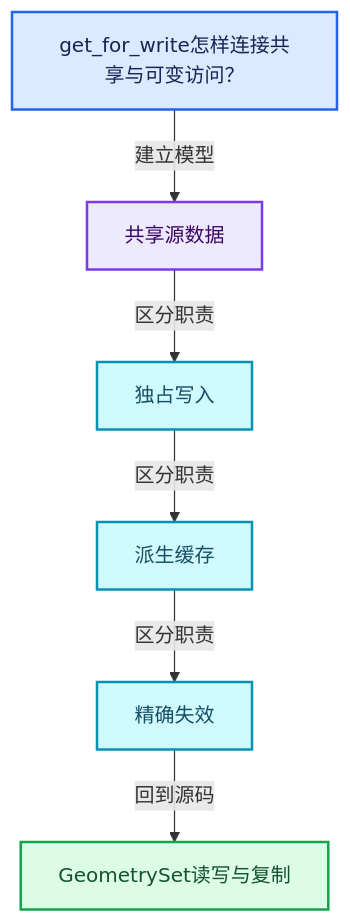
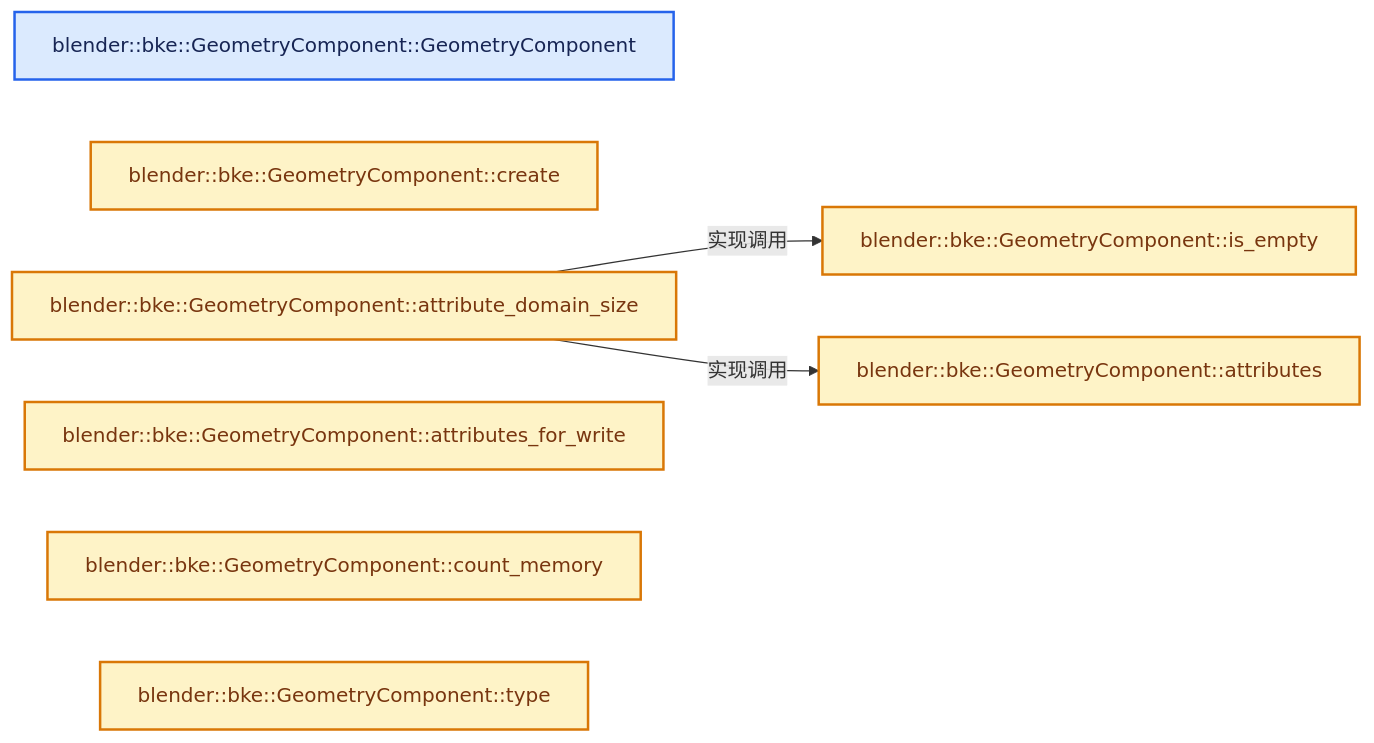
Before and after one commit to yunkezengren/blender-.vscode: the second of 4 diagrams in 杂/markdown/全面学习-codex/06-隐式共享与缓存系统/05-GeometrySet读写与复制.md, drawn with Mermaid. The commit also changed other lines of this file and 1930 other files, not shown here.

````diff
--- a/杂/markdown/全面学习-codex/06-隐式共享与缓存系统/05-GeometrySet读写与复制.md
+++ b/杂/markdown/全面学习-codex/06-隐式共享与缓存系统/05-GeometrySet读写与复制.md
@@ -60,20 +46,19 @@
 ```mermaid
-flowchart TB
-  Q["get_for_write怎样连接共享与可变访问？"]:::input
-  C0["共享源数据"]:::abstraction
-  C1["独占写入"]:::data
-  C2["派生缓存"]:::data
-  C3["精确失效"]:::data
-  R["GeometrySet读写与复制"]:::result
-  Q -->|"建立模型"| C0
-  C0 -->|"区分职责"| C1
-  C1 -->|"区分职责"| C2
-  C2 -->|"区分职责"| C3
-  C3 -->|"回到源码"| R
+flowchart LR
+  F0["blender::bke::GeometryComponent::GeometryComponent"]:::input
+  F1["blender::bke::GeometryComponent::create"]:::compute
+  F2["blender::bke::GeometryComponent::attribute_domain_size"]:::compute
+  F3["blender::bke::GeometryComponent::attributes"]:::compute
+  F4["blender::bke::GeometryComponent::attributes_for_write"]:::compute
+  F5["blender::bke::GeometryComponent::count_memory"]:::compute
+  F6["blender::bke::GeometryComponent::type"]:::compute
+  F7["blender::bke::GeometryComponent::is_empty"]:::compute
+  F2 -->|"实现调用"| F7
+  F2 -->|"实现调用"| F3
   classDef input fill:#DBEAFE,stroke:#2563EB,color:#172554,stroke-width:2px;
   classDef data fill:#CFFAFE,stroke:#0891B2,color:#164E63,stroke-width:2px;
   classDef abstraction fill:#EDE9FE,stroke:#7C3AED,color:#3B0764,stroke-width:2px;
   classDef compute fill:#FEF3C7,stroke:#D97706,color:#78350F,stroke-width:2px;
   classDef result fill:#DCFCE7,stroke:#16A34A,color:#14532D,stroke-width:2px;
   classDef error fill:#FEE2E2,stroke:#DC2626,color:#7F1D1D,stroke-width:2px;
 ```
````
